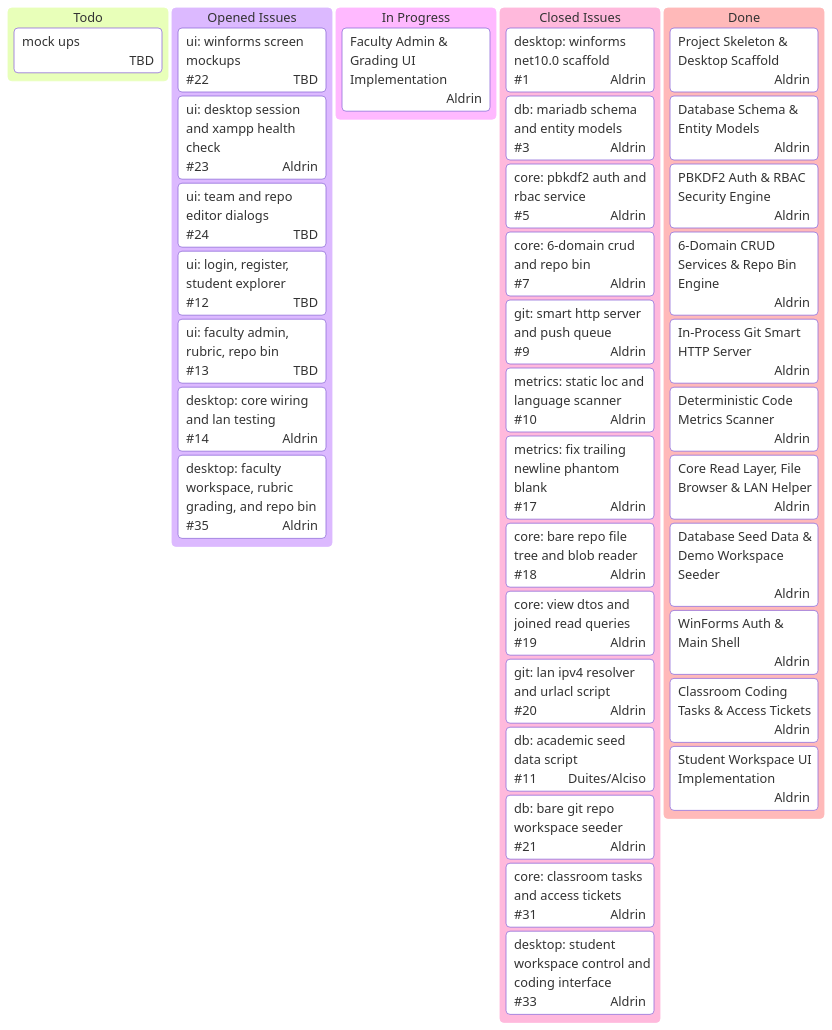
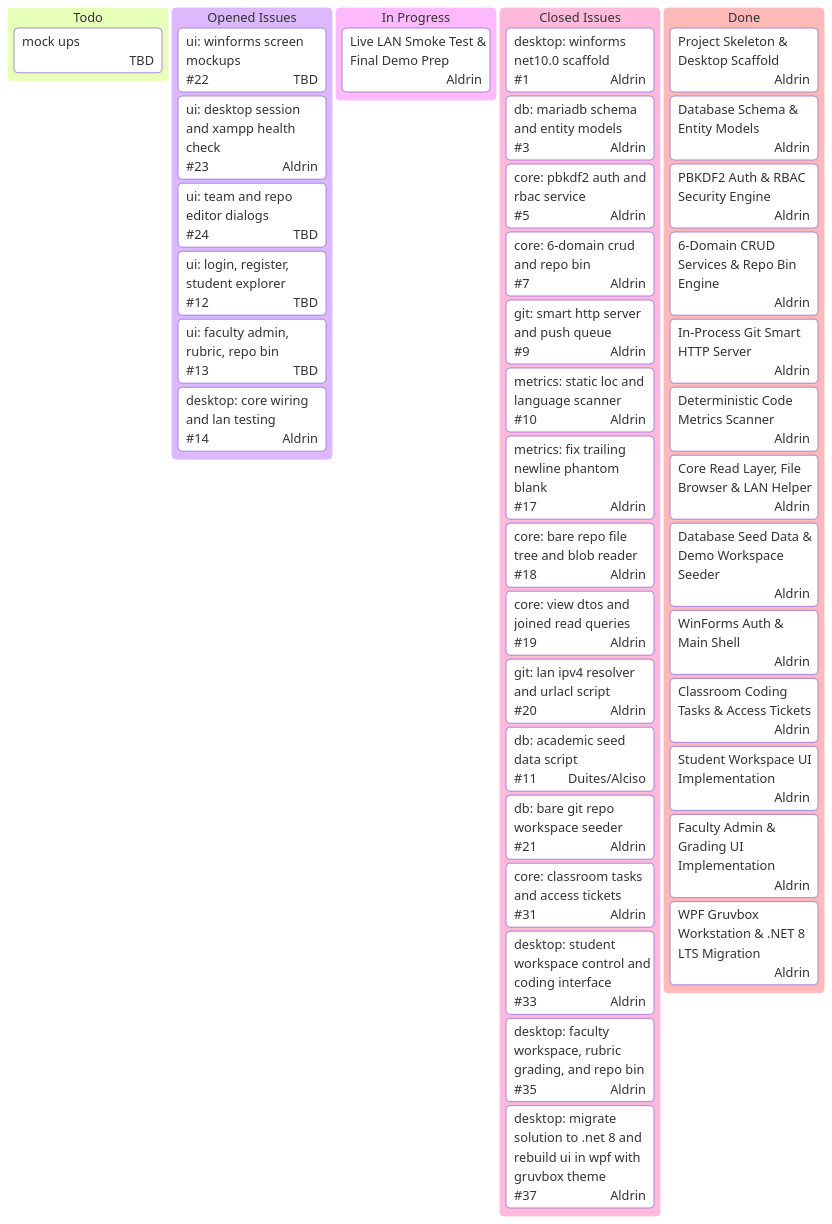
The diagram in README.md (frtzhahn/repo-vault), drawn with Mermaid before and after one commit. The commit also changed other lines of this file, not shown here.

Commit message:
docs(docs): update readme for .net 8 wpf gruvbox workstation and sync kanban

````diff
--- a/README.md
+++ b/README.md
@@ -34,42 +34,45 @@
 ```mermaid
 kanban
   [Todo]
     [mock ups]@{ assigned: 'TBD' }
   [Opened Issues]
     [ui: winforms screen mockups]@{ assigned: 'TBD', ticket: '#22' }
     [ui: desktop session and xampp health check]@{ assigned: 'Aldrin', ticket: '#23' }
     [ui: team and repo editor dialogs]@{ assigned: 'TBD', ticket: '#24' }
     [ui: login, register, student explorer]@{ assigned: 'TBD', ticket: '#12' }
     [ui: faculty admin, rubric, repo bin]@{ assigned: 'TBD', ticket: '#13' }
     [desktop: core wiring and lan testing]@{ assigned: 'Aldrin', ticket: '#14' }
-    [desktop: faculty workspace, rubric grading, and repo bin]@{ assigned: 'Aldrin', ticket: '#35' }
   [In Progress]
-    [Faculty Admin & Grading UI Implementation]@{ assigned: 'Aldrin' }
+    [Live LAN Smoke Test & Final Demo Prep]@{ assigned: 'Aldrin' }
   [Closed Issues]
     [desktop: winforms net10.0 scaffold]@{ assigned: 'Aldrin', ticket: '#1' }
     [db: mariadb schema and entity models]@{ assigned: 'Aldrin', ticket: '#3' }
     [core: pbkdf2 auth and rbac service]@{ assigned: 'Aldrin', ticket: '#5' }
     [core: 6-domain crud and repo bin]@{ assigned: 'Aldrin', ticket: '#7' }
     [git: smart http server and push queue]@{ assigned: 'Aldrin', ticket: '#9' }
     [metrics: static loc and language scanner]@{ assigned: 'Aldrin', ticket: '#10' }
     [metrics: fix trailing newline phantom blank]@{ assigned: 'Aldrin', ticket: '#17' }
     [core: bare repo file tree and blob reader]@{ assigned: 'Aldrin', ticket: '#18' }
     [core: view dtos and joined read queries]@{ assigned: 'Aldrin', ticket: '#19' }
     [git: lan ipv4 resolver and urlacl script]@{ assigned: 'Aldrin', ticket: '#20' }
     [db: academic seed data script]@{ assigned: 'Duites/Alciso', ticket: '#11' }
     [db: bare git repo workspace seeder]@{ assigned: 'Aldrin', ticket: '#21' }
     [core: classroom tasks and access tickets]@{ assigned: 'Aldrin', ticket: '#31' }
     [desktop: student workspace control and coding interface]@{ assigned: 'Aldrin', ticket: '#33' }
+    [desktop: faculty workspace, rubric grading, and repo bin]@{ assigned: 'Aldrin', ticket: '#35' }
+    [desktop: migrate solution to .net 8 and rebuild ui in wpf with gruvbox theme]@{ assigned: 'Aldrin', ticket: '#37' }
   [Done]
     [Project Skeleton & Desktop Scaffold]@{ assigned: 'Aldrin' }
     [Database Schema & Entity Models]@{ assigned: 'Aldrin' }
     [PBKDF2 Auth & RBAC Security Engine]@{ assigned: 'Aldrin' }
     [6-Domain CRUD Services & Repo Bin Engine]@{ assigned: 'Aldrin' }
     [In-Process Git Smart HTTP Server]@{ assigned: 'Aldrin' }
     [Deterministic Code Metrics Scanner]@{ assigned: 'Aldrin' }
     [Core Read Layer, File Browser & LAN Helper]@{ assigned: 'Aldrin' }
     [Database Seed Data & Demo Workspace Seeder]@{ assigned: 'Aldrin' }
     [WinForms Auth & Main Shell]@{ assigned: 'Aldrin' }
     [Classroom Coding Tasks & Access Tickets]@{ assigned: 'Aldrin' }
     [Student Workspace UI Implementation]@{ assigned: 'Aldrin' }
+    [Faculty Admin & Grading UI Implementation]@{ assigned: 'Aldrin' }
+    [WPF Gruvbox Workstation & .NET 8 LTS Migration]@{ assigned: 'Aldrin' }
 ```
````
